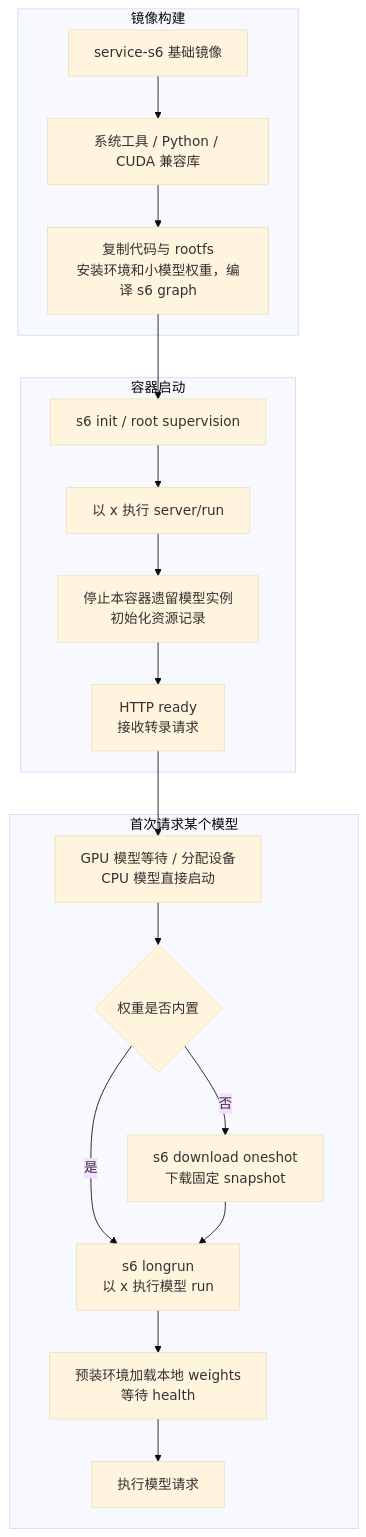
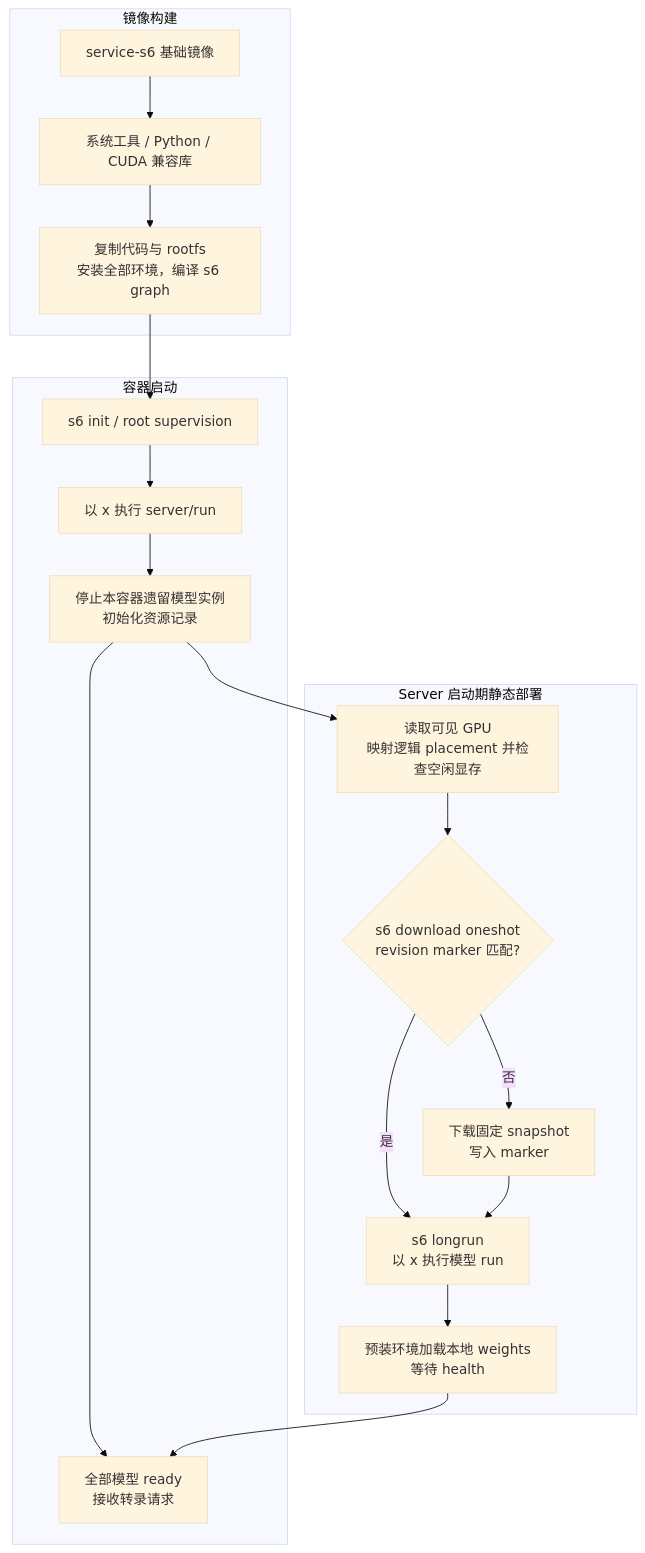
One commit to curoky/codespace changed the second of 5 diagrams in platform/container/services/asr/DESIGN.md. Above: the diagram before and after it, drawn with Mermaid (base theme). The commit also changed other lines of this file and 74 other files, not shown here.

````diff
--- a/platform/container/services/asr/DESIGN.md
+++ b/platform/container/services/asr/DESIGN.md
@@ -104,22 +106,22 @@
 ```mermaid
 flowchart TD
     subgraph Build[镜像构建]
         B1[service-s6 基础镜像] --> B2[系统工具 / Python / CUDA 兼容库]
-        B2 --> B3[复制代码与 rootfs<br/>安装环境和小模型权重，编译 s6 graph]
+        B2 --> B3[复制代码与 rootfs<br/>安装全部环境，编译 s6 graph]
     end
     subgraph Boot[容器启动]
         B3 --> I[s6 init / root supervision]
         I --> S[以 x 执行 server/run]
         S --> R[停止本容器遗留模型实例<br/>初始化资源记录]
         R --> H[HTTP ready<br/>接收转录请求]
     end
-    subgraph Demand[首次请求某个模型]
-        H --> A[GPU 模型等待 / 分配设备<br/>CPU 模型直接启动]
-        A --> D{权重是否内置}
-        D -->|否| U[s6 download oneshot<br/>下载固定 snapshot]
+    subgraph Deploy[Server 启动期静态部署]
+        R --> A[读取可见 GPU<br/>映射逻辑 placement 并检查空闲显存]
+        A --> D{s6 download oneshot<br/>revision marker 匹配?}
+        D -->|否| U[下载固定 snapshot<br/>写入 marker]
         D -->|是| M[s6 longrun<br/>以 x 执行模型 run]
         U --> M
         M --> V[预装环境加载本地 weights<br/>等待 health]
-        V --> Q[执行模型请求]
+        V --> H[全部模型 ready<br/>接收转录请求]
     end
 ```
````
